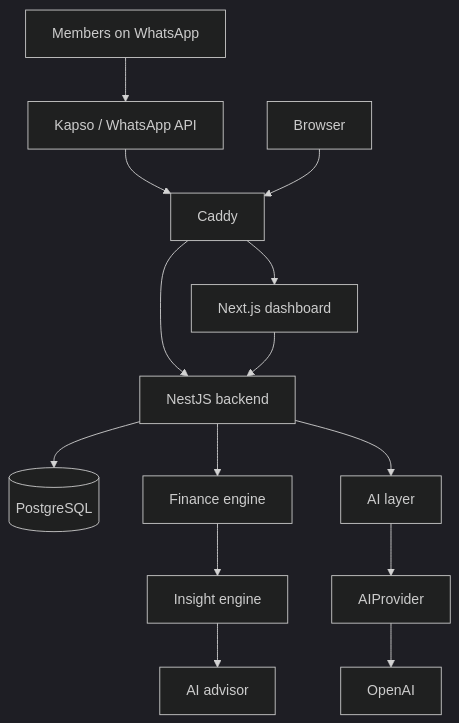
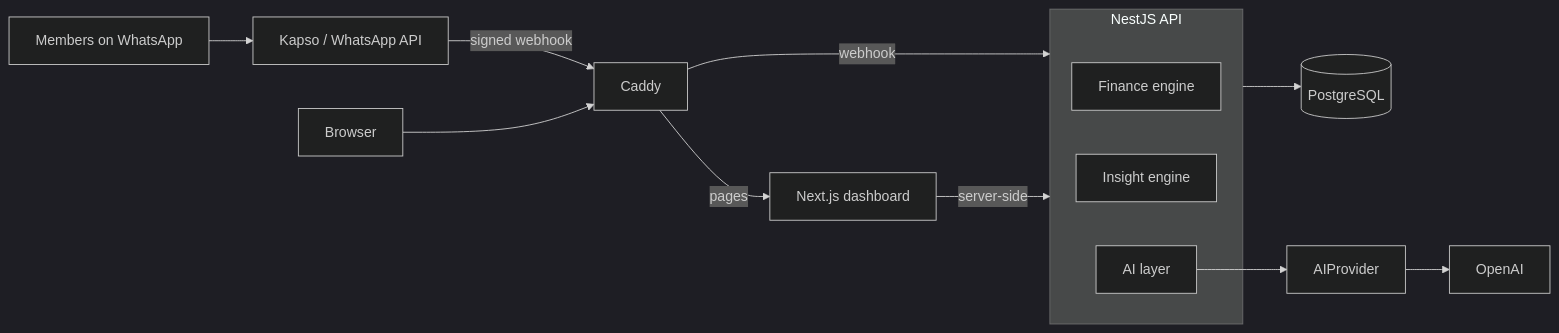
One commit to guilhermedecastrogt/ai-personal-cfo changed the second of 2 diagrams in README.md. Above: the diagram before and after it, drawn with Mermaid (dark theme). The commit also changed other lines of this file and 9 other files, not shown here.

````diff
--- a/README.md
+++ b/README.md
@@ -23,16 +52,16 @@
 ```mermaid
-flowchart TD
-    WA[Members on WhatsApp] --> Provider[Kapso / WhatsApp API]
-    Provider --> Caddy
-    Browser --> Caddy
-    Caddy --> Web[Next.js dashboard]
-    Caddy --> API[NestJS backend]
-    Web --> API
+flowchart LR
+    WA[Members on WhatsApp] --> K[Kapso / WhatsApp API]
+    K -->|signed webhook| C[Caddy]
+    B[Browser] --> C
+    C -->|webhook| API
+    C -->|pages| WEB[Next.js dashboard]
+    WEB -->|server-side| API
+    subgraph API[NestJS API]
+        FE[Finance engine]
+        IE[Insight engine]
+        AIL[AI layer]
+    end
     API --> DB[(PostgreSQL)]
-    API --> Finance[Finance engine]
-    API --> AI[AI layer]
-    Finance --> Insights[Insight engine]
-    AI --> ModelProvider[AIProvider]
-    ModelProvider --> OpenAI[OpenAI]
-    Insights --> Advisor[AI advisor]
+    AIL --> P[AIProvider] --> O[OpenAI]
 ```
````
